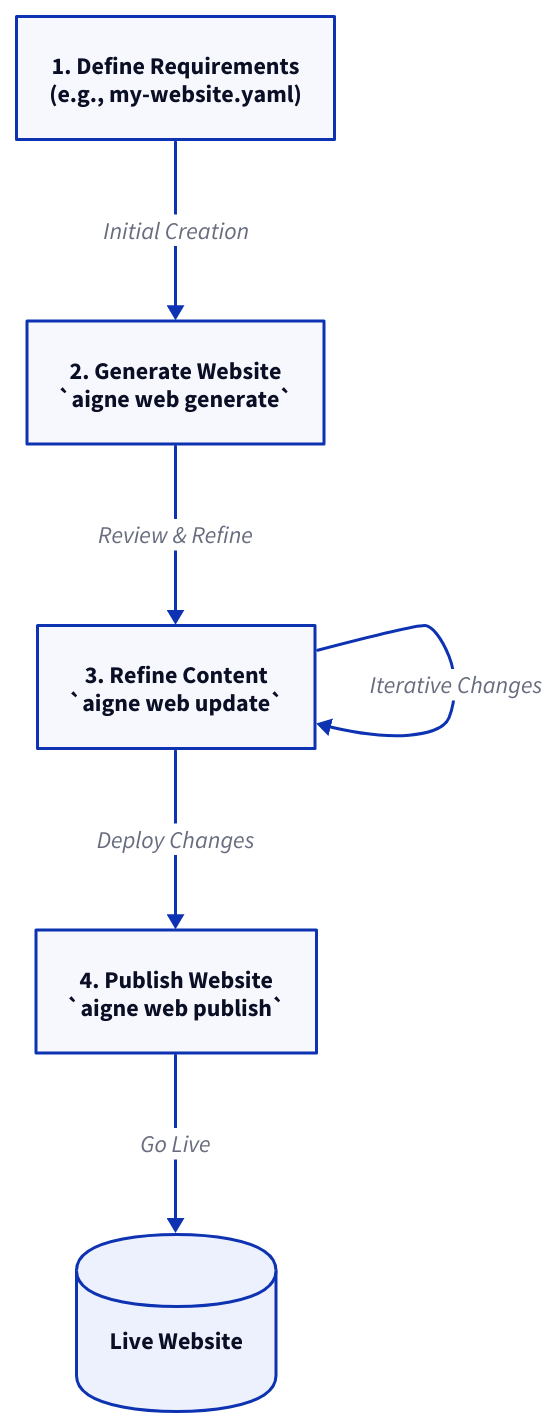
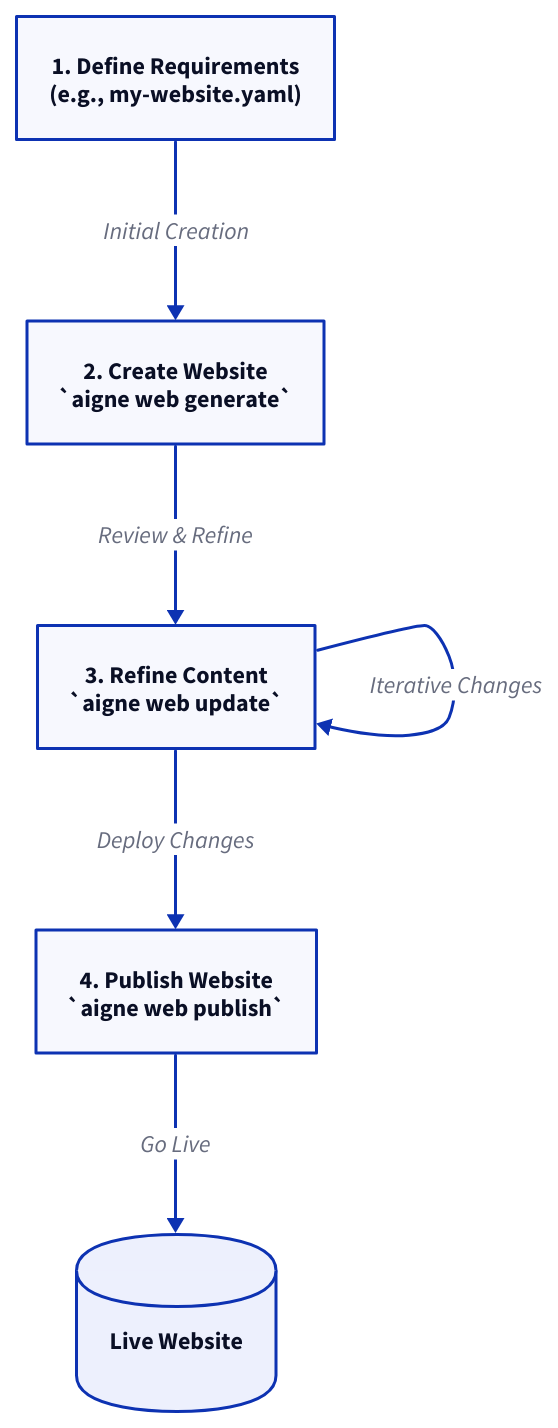
Before and after one commit to AIGNE-io/aigne-web-smith: the diagram in .aigne/doc-smith/docs/guides.md, drawn with D2. The commit also changed other lines of this file and 66 other files, not shown here.

````diff
--- a/.aigne/doc-smith/docs/guides.md
+++ b/.aigne/doc-smith/docs/guides.md
@@ -11,34 +11,34 @@
 ```d2
 direction: down
 
 config: {
   label: "1. Define Requirements\n(e.g., my-website.yaml)"
   shape: rectangle
 }
 
 generate: {
-  label: "2. Generate Website\n`aigne web generate`"
+  label: "2. Create Website\n`aigne web generate`"
   shape: rectangle
 }
 
 update: {
   label: "3. Refine Content\n`aigne web update`"
   shape: rectangle
 }
 
 publish: {
   label: "4. Publish Website\n`aigne web publish`"
   shape: rectangle
 }
 
 live_site: {
   label: "Live Website"
   shape: cylinder
 }
 
 config -> generate: "Initial Creation"
 generate -> update: "Review & Refine"
 update -> update: "Iterative Changes"
 update -> publish: "Deploy Changes"
 publish -> live_site: "Go Live"
 ```
````
